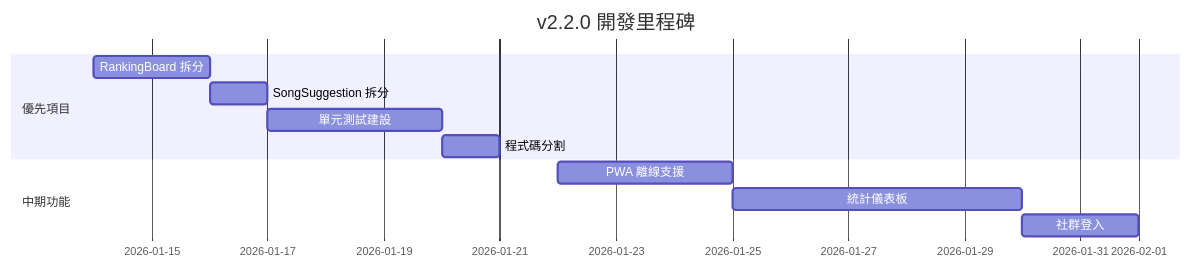
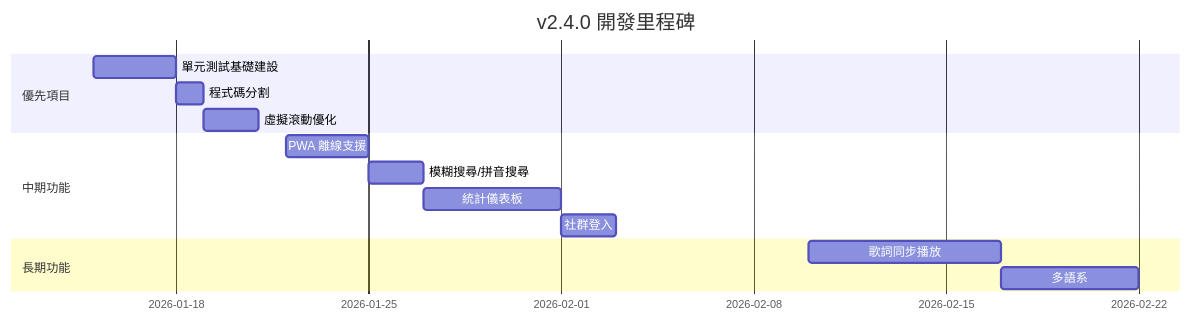
The diagram in FUTURE_DEVELOPMENT_GUIDE.md (cagoooo/song), drawn with Mermaid before and after one commit. The commit also changed other lines of this file and 1 other file, not shown here.

Commit message:
docs: 更新開發路線圖與未來開發指南至 v2.3.0

````diff
--- a/FUTURE_DEVELOPMENT_GUIDE.md
+++ b/FUTURE_DEVELOPMENT_GUIDE.md
@@ -386,14 +626,17 @@
 ```mermaid
 gantt
-    title v2.2.0 開發里程碑
+    title v2.4.0 開發里程碑
     dateFormat  YYYY-MM-DD
     section 優先項目
-    RankingBoard 拆分    :a1, 2026-01-14, 2d
-    SongSuggestion 拆分  :a2, after a1, 1d
-    單元測試建設         :a3, after a2, 3d
-    程式碼分割           :a4, after a3, 1d
+    單元測試基礎建設      :a1, 2026-01-15, 3d
+    程式碼分割            :a2, after a1, 1d
+    虛擬滾動優化          :a3, after a2, 2d
     section 中期功能
-    PWA 離線支援         :b1, 2026-01-22, 3d
-    統計儀表板           :b2, after b1, 5d
-    社群登入             :b3, after b2, 2d
+    PWA 離線支援          :b1, 2026-01-22, 3d
+    模糊搜尋/拼音搜尋      :b2, after b1, 2d
+    統計儀表板            :b3, after b2, 5d
+    社群登入              :b4, after b3, 2d
+    section 長期功能
+    歌詞同步播放          :c1, 2026-02-10, 7d
+    多語系                :c2, after c1, 5d
 ```
````
